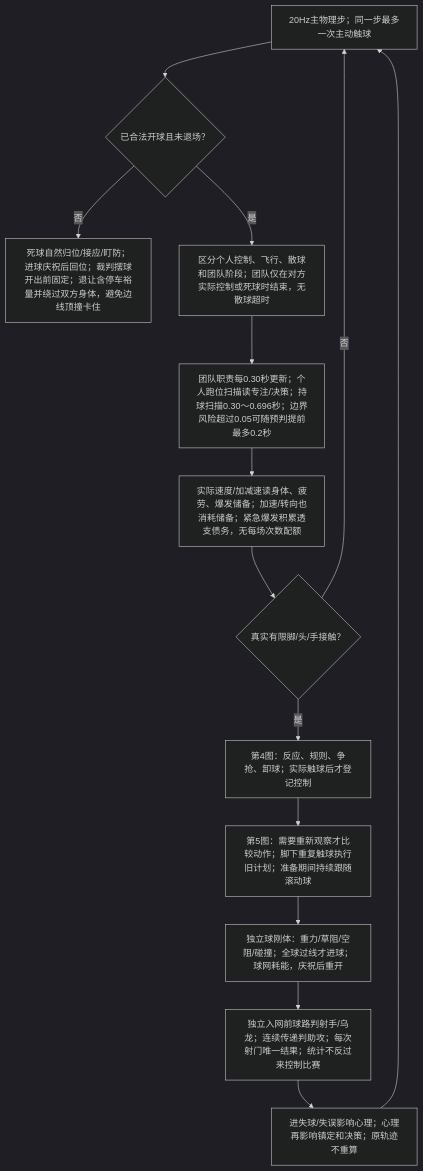
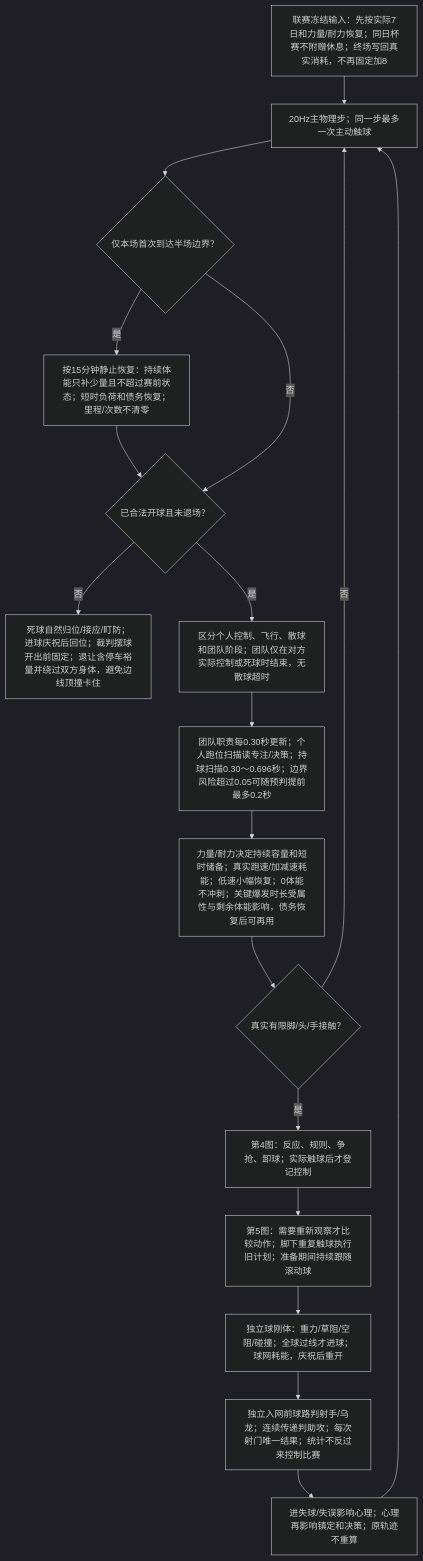
Before and after one commit to sixu3575/touchline-manager: the first of 7 diagrams in packages/shared/modules/matches/design/PLAYER_DECISION_MAP.md, drawn with Mermaid (dark theme). The commit also changed other lines of this file and 36 other files, not shown here.

````diff
--- a/packages/shared/modules/matches/design/PLAYER_DECISION_MAP.md
+++ b/packages/shared/modules/matches/design/PLAYER_DECISION_MAP.md
@@ -11,16 +11,20 @@
 ```mermaid
 flowchart TD
-  O0["20Hz主物理步；同一步最多一次主动触球"] --> O1{"已合法开球且未退场？"}
+  OW["联赛冻结输入：先按实际7日和力量/耐力恢复；同日杯赛不附赠休息；终场写回真实消耗，不再固定加8"] --> O0["20Hz主物理步；同一步最多一次主动触球"]
+  O0 --> OH{"仅本场首次到达半场边界？"}
+  OH -->|是| OH1["按15分钟静止恢复：持续体能只补少量且不超过赛前状态；短时负荷和债务恢复；里程/次数不清零"]
+  OH1 --> O1{"已合法开球且未退场？"}
+  OH -->|否| O1
   O1 -->|否| O2["死球自然归位/接应/盯防；进球庆祝后回位；裁判摆球开出前固定；退让含停车裕量并绕过双方身体，避免边线顶撞卡住"]
   O1 -->|是| O3["区分个人控制、飞行、散球和团队阶段；团队仅在对方实际控制或死球时结束，无散球超时"]
   O3 --> O4["团队职责每0.30秒更新；个人跑位扫描读专注/决策；持球扫描0.30～0.696秒；边界风险超过0.05可随预判提前最多0.2秒"]
-  O4 --> O5["实际速度/加减速读身体、疲劳、爆发储备；加速/转向也消耗储备；紧急爆发积累透支债务，无每场次数配额"]
+  O4 --> O5["力量/耐力决定持续容量和短时储备；真实跑速/加减速耗能；低速小幅恢复；0体能不冲刺；关键爆发时长受属性与剩余体能影响，债务恢复后可再用"]
   O5 --> O6{"真实有限脚/头/手接触？"}
   O6 -->|否| O0
   O6 -->|是| O7["第4图：反应、规则、争抢、卸球；实际触球后才登记控制"]
   O7 --> O8["第5图：需要重新观察才比较动作；脚下重复触球执行旧计划；准备期间持续跟随滚动球"]
   O8 --> O9["独立球刚体：重力/草阻/空阻/碰撞；全球过线才进球；球网耗能，庆祝后重开"]
   O9 --> OS["独立入网前球路判射手/乌龙；连续传递判助攻；每次射门唯一结果；统计不反过来控制比赛"]
   OS --> OM["进失球/失误影响心理；心理再影响镇定和决策；原轨迹不重算"]
   OM --> O0
 ```
````
